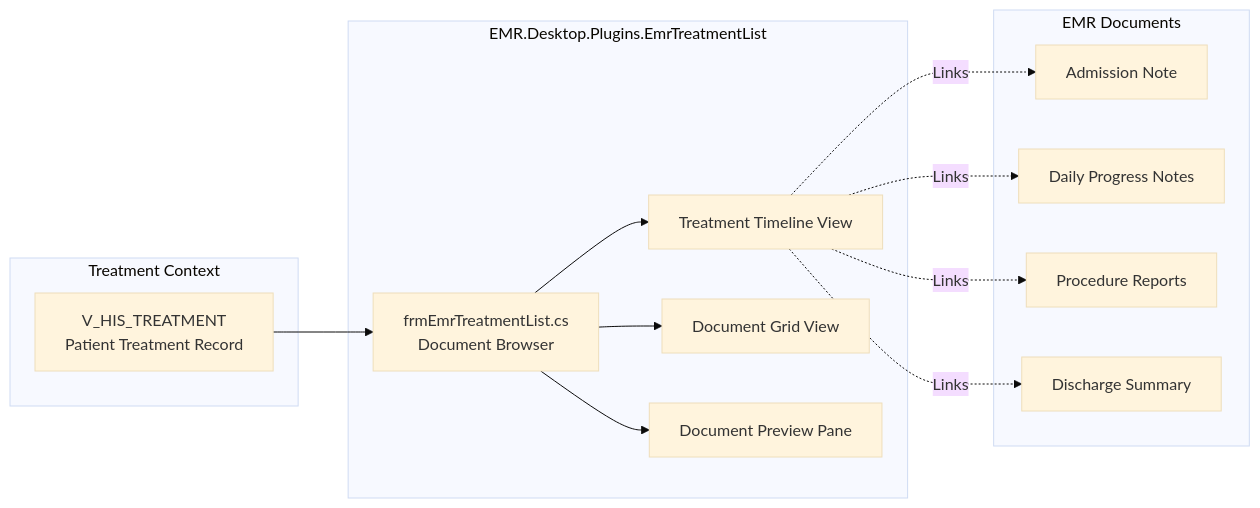
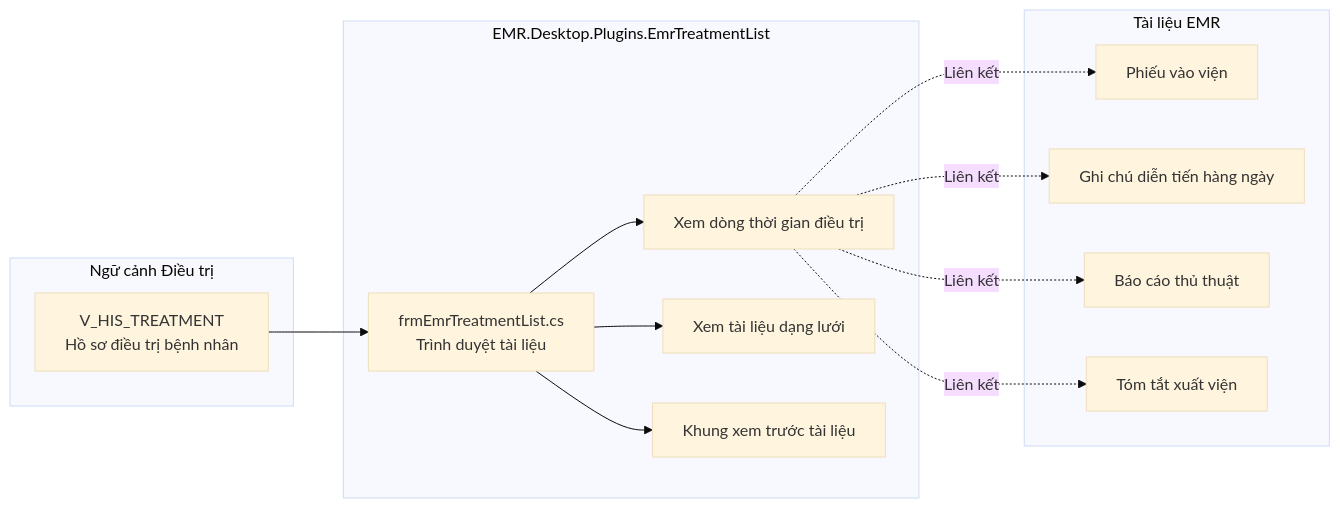
Diagram 14 of 16 in docs/his-ba-documentation/03-business-domains/administration/access-control.md (thangpnb/HIS), drawn with Mermaid (base theme) before and after one commit. The commit also changed other lines of this file and 30 other files, not shown here.

Commit message:
Refactor architecture docs and update translations

````diff
--- a/docs/his-ba-documentation/03-business-domains/administration/access-control.md
+++ b/docs/his-ba-documentation/03-business-domains/administration/access-control.md
@@ -856,30 +853,30 @@
 ```mermaid
 graph LR
-    subgraph "Treatment Context"
-        TreatmentRecord["V_HIS_TREATMENT<br/>Patient Treatment Record"]
+    subgraph "Ngữ cảnh Điều trị"
+        TreatmentRecord["V_HIS_TREATMENT<br/>Hồ sơ điều trị bệnh nhân"]
     end
     
-    subgraph "EMR Documents"
-        AdmissionNote["Admission Note"]
-        ProgressNotes["Daily Progress Notes"]
-        ProcedureReports["Procedure Reports"]
-        DischargeSum["Discharge Summary"]
+    subgraph "Tài liệu EMR"
+        AdmissionNote["Phiếu vào viện"]
+        ProgressNotes["Ghi chú diễn tiến hàng ngày"]
+        ProcedureReports["Báo cáo thủ thuật"]
+        DischargeSum["Tóm tắt xuất viện"]
     end
     
     subgraph "EMR.Desktop.Plugins.EmrTreatmentList"
-        ListForm["frmEmrTreatmentList.cs<br/>Document Browser"]
-        TreeView["Treatment Timeline View"]
-        GridView["Document Grid View"]
-        Preview["Document Preview Pane"]
+        ListForm["frmEmrTreatmentList.cs<br/>Trình duyệt tài liệu"]
+        TreeView["Xem dòng thời gian điều trị"]
+        GridView["Xem tài liệu dạng lưới"]
+        Preview["Khung xem trước tài liệu"]
     end
     
     TreatmentRecord --> ListForm
     ListForm --> TreeView
     ListForm --> GridView
     ListForm --> Preview
     
-    TreeView -.->|Links| AdmissionNote
-    TreeView -.->|Links| ProgressNotes
-    TreeView -.->|Links| ProcedureReports
-    TreeView -.->|Links| DischargeSum
+    TreeView -.->|Liên kết| AdmissionNote
+    TreeView -.->|Liên kết| ProgressNotes
+    TreeView -.->|Liên kết| ProcedureReports
+    TreeView -.->|Liên kết| DischargeSum
 ```
````
